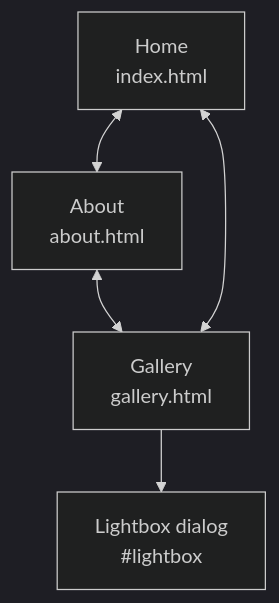
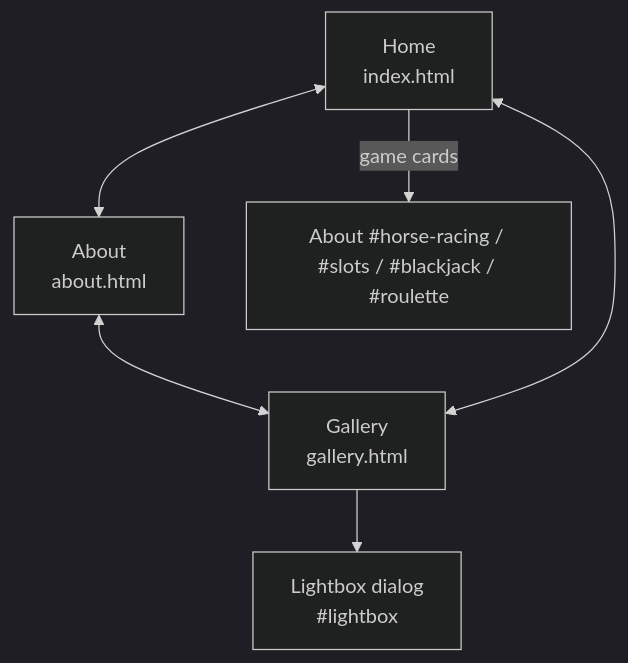
One commit to ChrisMedkit/CS-235-IntroToAI changed the second of 5 diagrams in DIAGRAM.md. Above: the diagram before and after it, drawn with Mermaid (dark theme). The commit also changed other lines of this file and 5 other files, not shown here.

````diff
--- a/DIAGRAM.md
+++ b/DIAGRAM.md
@@ -17,7 +17,8 @@
 ```mermaid
 flowchart TD
   H["Home<br>index.html"] <--> A["About<br>about.html"]
   A <--> G["Gallery<br>gallery.html"]
   G <--> H
   G --> L["Lightbox dialog<br>#lightbox"]
+  H -- "game cards" --> R["About #horse-racing / #slots / #blackjack / #roulette"]
 ```
````
